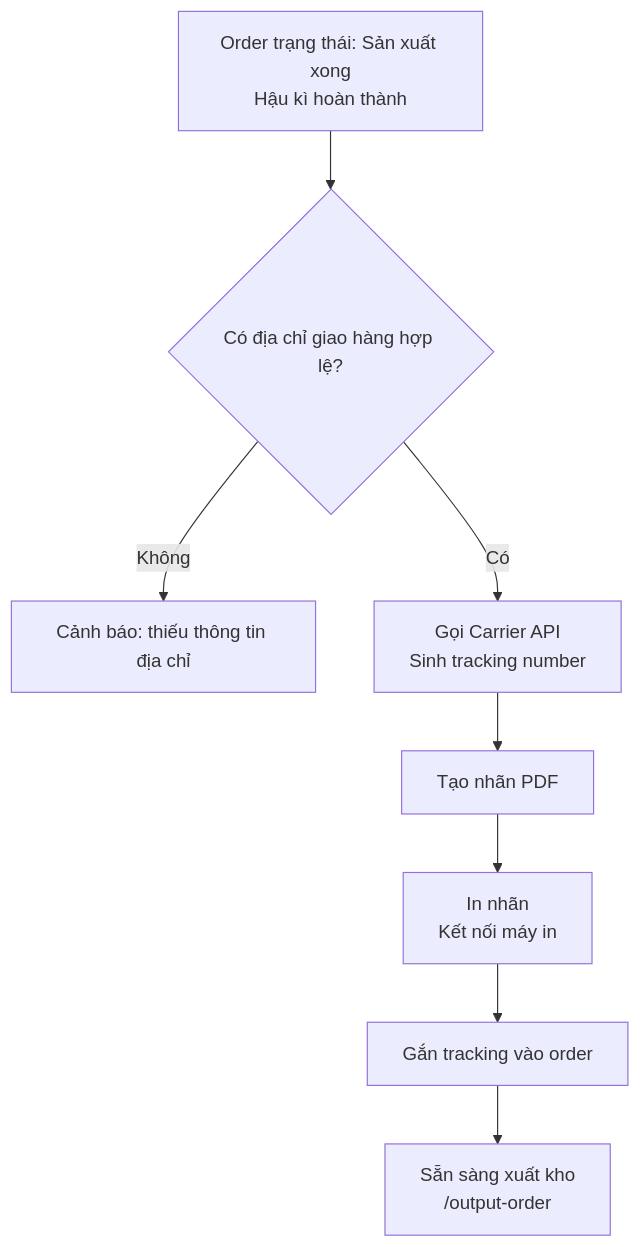
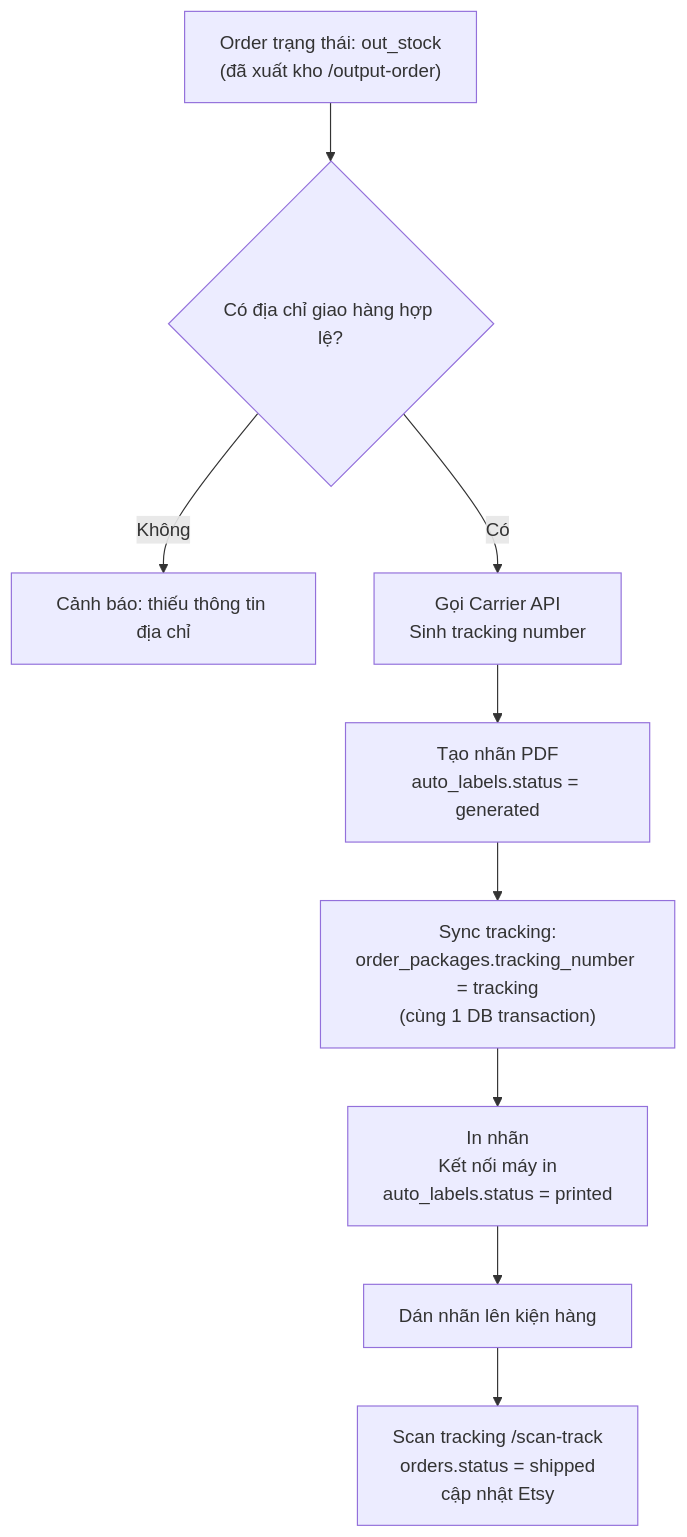
Before and after one commit to gioitrongxuan/streamhubs: the diagram in docs/05-module-nghiep-vu/auto-label.md, drawn with Mermaid. The commit also changed other lines of this file and 14 other files, not shown here.

````diff
--- a/docs/05-module-nghiep-vu/auto-label.md
+++ b/docs/05-module-nghiep-vu/auto-label.md
@@ -11,10 +11,11 @@
 ```mermaid
 flowchart TD
-    A[Order trạng thái: Sản xuất xong\nHậu kì hoàn thành] --> B{Có địa chỉ giao hàng hợp lệ?}
+    A["Order trạng thái: out_stock\n(đã xuất kho /output-order)"] --> B{Có địa chỉ giao hàng hợp lệ?}
     B -- Không --> ERR[Cảnh báo: thiếu thông tin địa chỉ]
     B -- Có --> C[Gọi Carrier API\nSinh tracking number]
-    C --> D[Tạo nhãn PDF]
-    D --> E[In nhãn\nKết nối máy in]
-    E --> F[Gắn tracking vào order]
-    F --> G[Sẵn sàng xuất kho\n/output-order]
+    C --> D[Tạo nhãn PDF\nauto_labels.status = generated]
+    D --> E["Sync tracking:\norder_packages.tracking_number = tracking\n(cùng 1 DB transaction)"]
+    E --> F[In nhãn\nKết nối máy in\nauto_labels.status = printed]
+    F --> G[Dán nhãn lên kiện hàng]
+    G --> H["Scan tracking /scan-track\norders.status = shipped\ncập nhật Etsy"]
 ```
````
